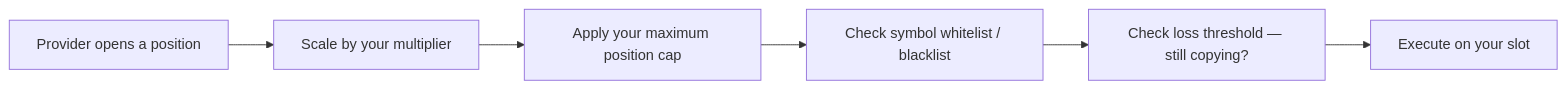
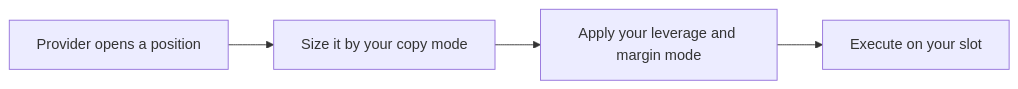
The diagram in docs/concepts/copy-trading-mechanics.mdx (MetaStation-fi/MetaStation-Docs-and-Blogs), drawn with Mermaid before and after one commit. The commit also changed other lines of this file and 12 other files, not shown here.

````diff
--- a/docs/concepts/copy-trading-mechanics.mdx
+++ b/docs/concepts/copy-trading-mechanics.mdx
@@ -23,8 +24,6 @@
 ```mermaid
 graph LR
-  A["Provider opens a position"] --> B["Scale by your multiplier"]
-  B --> C["Apply your maximum position cap"]
-  C --> D["Check symbol whitelist / blacklist"]
-  D --> E["Check loss threshold — still copying?"]
-  E --> F["Execute on your slot"]
+  A["Provider opens a position"] --> B["Size it by your copy mode"]
+  B --> C["Apply your leverage and margin mode"]
+  C --> D["Execute on your slot"]
 ```
````
